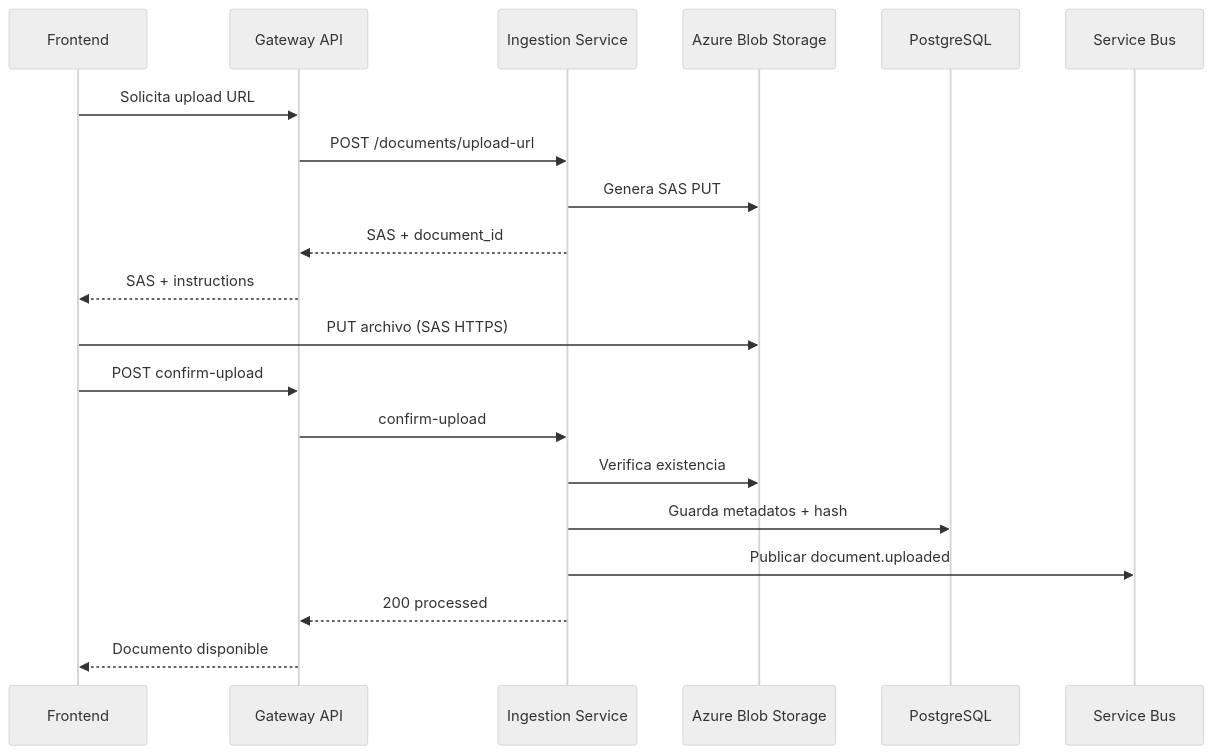
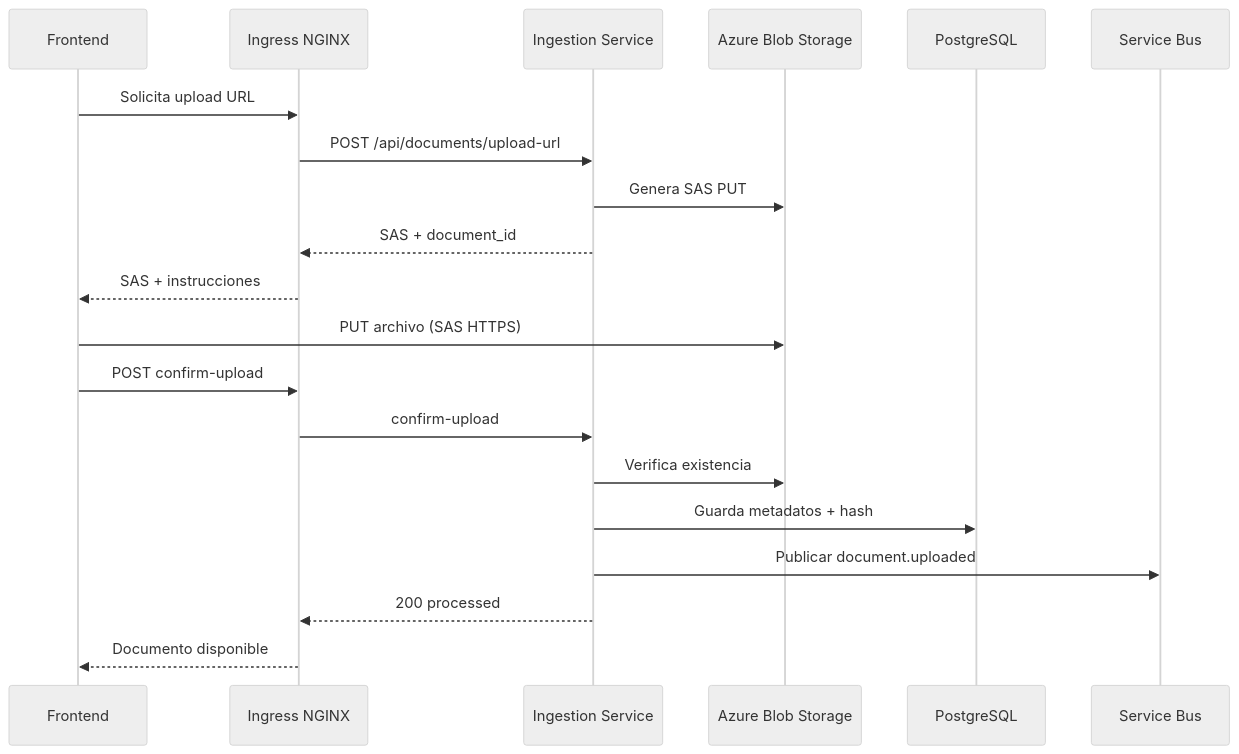
One commit to manuquistial/arquitectura-avanzada changed the sixth of 8 diagrams in docs/ARQUITECTURA_CARPETA_CIUDADANA.md. Above: the diagram before and after it, drawn with Mermaid. The commit also changed other lines of this file and 5 other files, not shown here.

````diff
--- a/docs/ARQUITECTURA_CARPETA_CIUDADANA.md
+++ b/docs/ARQUITECTURA_CARPETA_CIUDADANA.md
@@ -317,24 +343,24 @@
 ```mermaid
 %%{init: {'theme': 'neutral'}}%%
 sequenceDiagram
     participant UI as Frontend
-    participant GW as Gateway API
-    participant ING as Ingestion Service
+    participant ING as Ingress NGINX
+    participant INGSRV as Ingestion Service
     participant BLOB as Azure Blob Storage
     participant DB as PostgreSQL
     participant SB as Service Bus
 
-    UI->>GW: Solicita upload URL
-    GW->>ING: POST /documents/upload-url
-    ING->>BLOB: Genera SAS PUT
-    ING-->>GW: SAS + document_id
-    GW-->>UI: SAS + instructions
+    UI->>ING: Solicita upload URL
+    ING->>INGSRV: POST /api/documents/upload-url
+    INGSRV->>BLOB: Genera SAS PUT
+    INGSRV-->>ING: SAS + document_id
+    ING-->>UI: SAS + instrucciones
     UI->>BLOB: PUT archivo (SAS HTTPS)
-    UI->>GW: POST confirm-upload
-    GW->>ING: confirm-upload
-    ING->>BLOB: Verifica existencia
-    ING->>DB: Guarda metadatos + hash
-    ING->>SB: Publicar document.uploaded
-    ING-->>GW: 200 processed
-    GW-->>UI: Documento disponible
+    UI->>ING: POST confirm-upload
+    ING->>INGSRV: confirm-upload
+    INGSRV->>BLOB: Verifica existencia
+    INGSRV->>DB: Guarda metadatos + hash
+    INGSRV->>SB: Publicar document.uploaded
+    INGSRV-->>ING: 200 processed
+    ING-->>UI: Documento disponible
 ```
````
